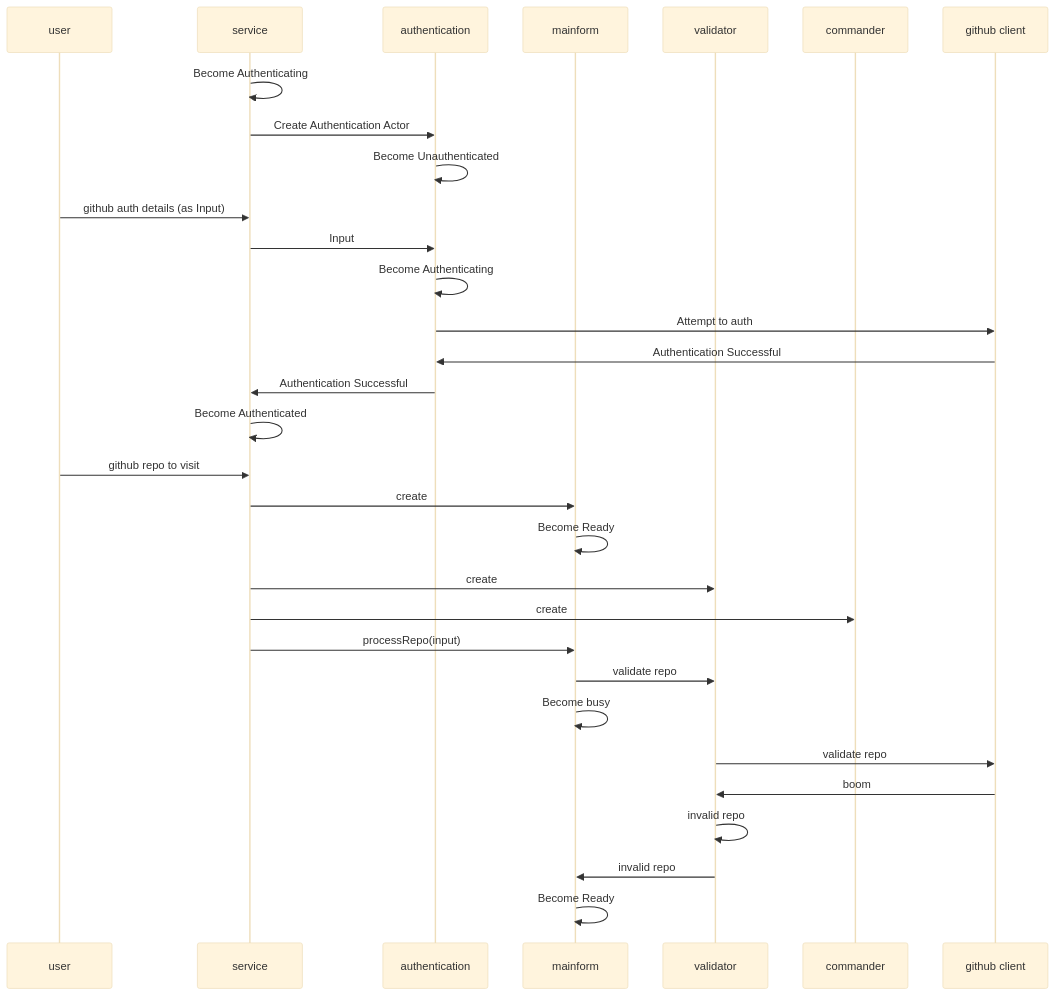
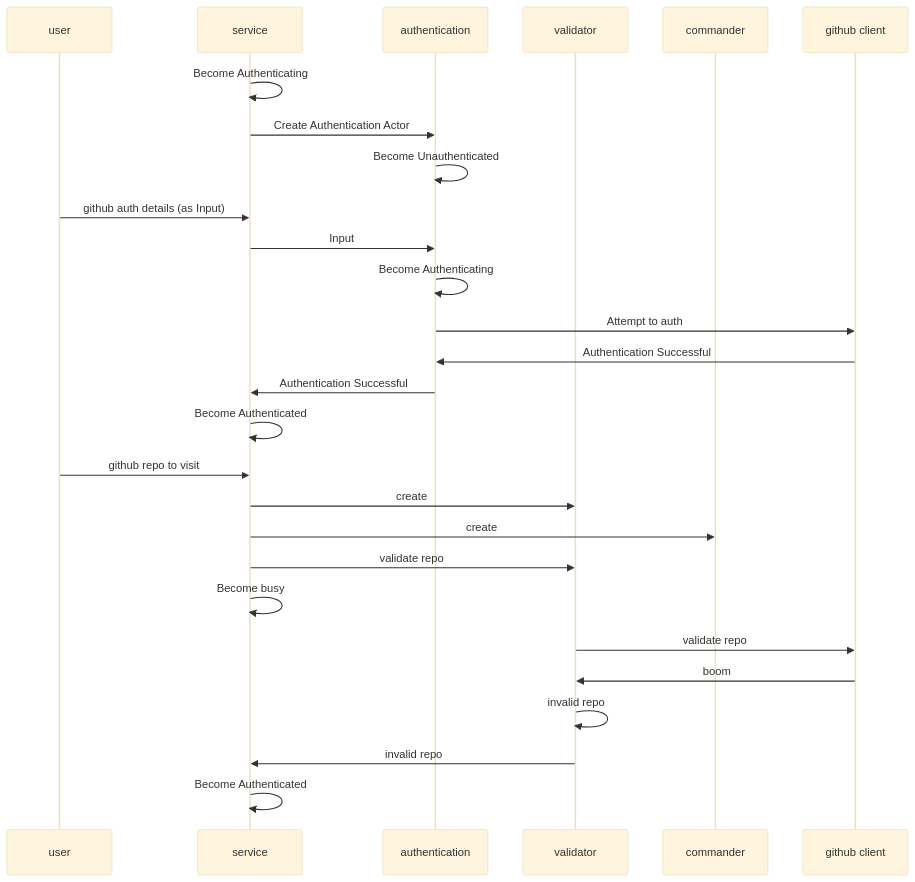
Before and after one commit to MrTortoise/ddd-eventsourcing-akka: the second of 3 diagrams in akka-bootcamp/GithubScraper/ReadMe.md, drawn with Mermaid (base theme). The commit also changed other lines of this file and 2 other files, not shown here.

````diff
--- a/akka-bootcamp/GithubScraper/ReadMe.md
+++ b/akka-bootcamp/GithubScraper/ReadMe.md
@@ -37,35 +37,31 @@
 ``` mermaid
 sequenceDiagram
   participant user
   participant service
   participant authentication
-  participant mainform
   participant validator
   participant commander
   participant github client
 
   service->>service: Become Authenticating
   service->>authentication: Create Authentication Actor
   authentication->>authentication: Become Unauthenticated
   user ->> service: github auth details (as Input)
   service->>authentication: Input
   authentication->>authentication: Become Authenticating
   authentication->>github client: Attempt to auth
   github client->> authentication: Authentication Successful
   authentication ->> service: Authentication Successful
   service ->> service: Become Authenticated
   user ->> service: github repo to visit
-  service ->> mainform: create
-  mainform ->> mainform: Become Ready
   service ->> validator: create
   service ->> commander: create
-  service ->> mainform: processRepo(input)
-  mainform ->> validator: validate repo
-  mainform->>mainform: Become busy
+  service ->> validator: validate repo
+  service->>service: Become busy
   validator->>github client: validate repo
   github client->>validator: boom
   validator->>validator: invalid repo
-  validator ->> mainform: invalid repo
-  mainform ->> mainform: Become Ready
+  validator ->> service: invalid repo
+  service ->> service: Become Authenticated
 
 ```
````
